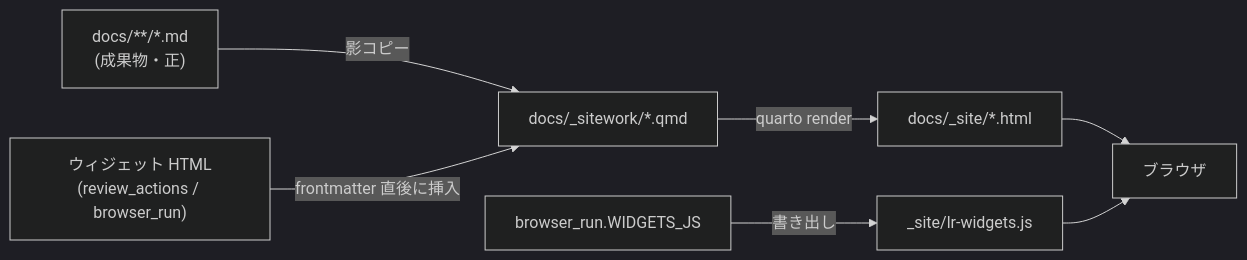
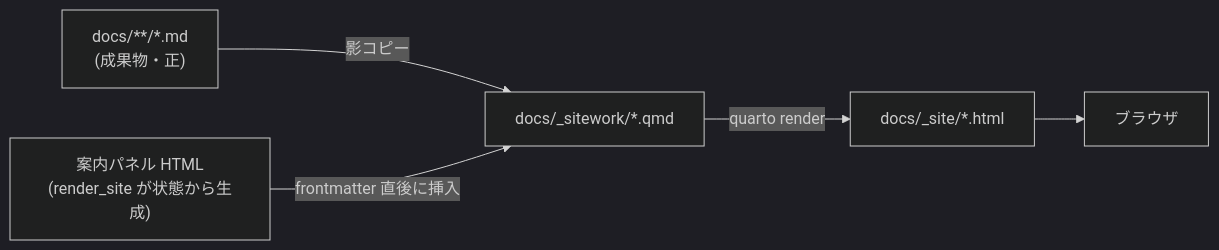
One commit to ctenopoma/skills changed the second of 2 diagrams in docs/legacy-reverse/screens.qmd. Above: the diagram before and after it, drawn with Mermaid (dark theme). The commit also changed other lines of this file and 17 other files, not shown here.

First line of the commit message:
legacy-reverse: 説明資料の再編（ARCHITECTURE.md 新設・全ドキュメント追随・再生成）

````diff
--- a/docs/legacy-reverse/screens.qmd
+++ b/docs/legacy-reverse/screens.qmd
@@ -527,12 +202,10 @@
 ```{mermaid}
 %%| label: fig-scr-render
 %%| fig-cap: "成果物がブラウザに出るまでのレンダリング経路"
 
 flowchart LR
   MD["docs/**/*.md<br/>(成果物・正)"] -->|影コピー| SW["docs/_sitework/*.qmd"]
   SW -->|quarto render| SITE["docs/_site/*.html"]
-  W["ウィジェット HTML<br/>(review_actions / browser_run)"] -->|frontmatter 直後に挿入| SW
-  JS["browser_run.WIDGETS_JS"] -->|書き出し| LRJS["_site/lr-widgets.js"]
+  N["案内パネル HTML<br/>(render_site が状態から生成)"] -->|frontmatter 直後に挿入| SW
   SITE --> B["ブラウザ"]
-  LRJS --> B
 ```
````
